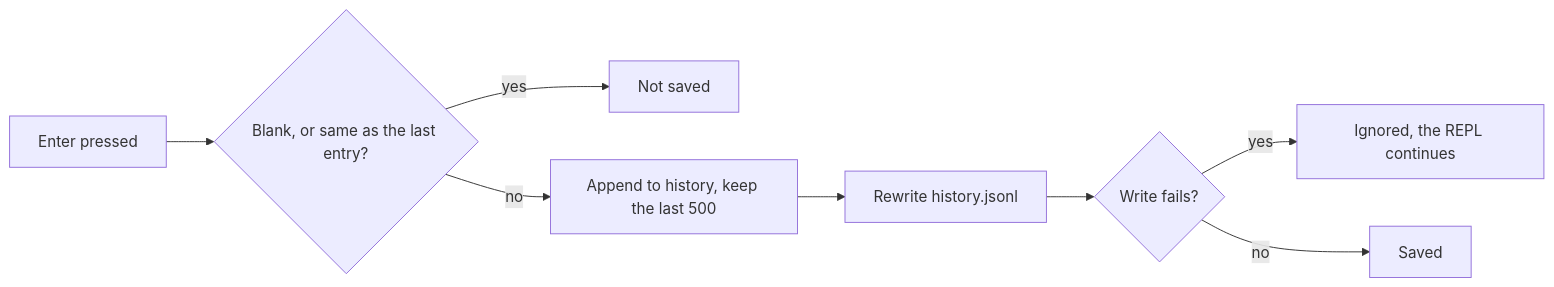
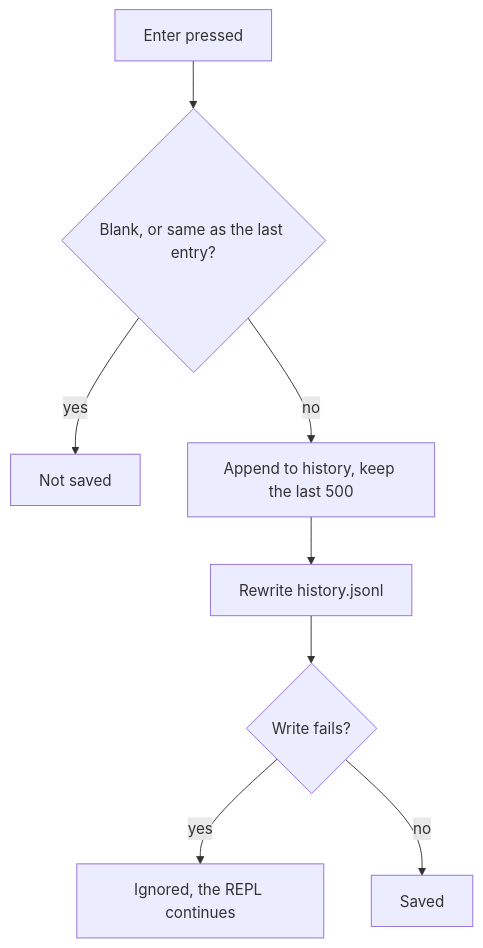
Before and after one commit to nicechester/code-shellie: the second of 2 diagrams in README.md, drawn with Mermaid. The commit also changed 1 other file, not shown here.

````diff
--- a/README.md
+++ b/README.md
@@ -146,10 +146,10 @@
 ```mermaid
-flowchart LR
+flowchart TD
     S[Enter pressed] --> T{Blank, or same as the last entry?}
     T -- yes --> X[Not saved]
     T -- no --> U[Append to history, keep the last 500]
     U --> V[Rewrite history.jsonl]
     V --> W{Write fails?}
     W -- yes --> Y[Ignored, the REPL continues]
     W -- no --> Z[Saved]
 ```
````
